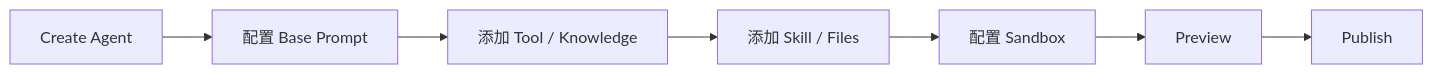
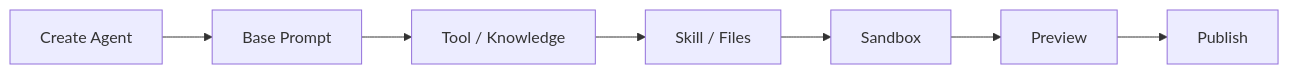
Before and after one commit to sgfd-ui/internship: the seventh of 10 diagrams in weekly-report/dify-1.17-core-capabilities-research.md, drawn with Mermaid. The commit also changed other lines of this file, not shown here.

````diff
--- a/weekly-report/dify-1.17-core-capabilities-research.md
+++ b/weekly-report/dify-1.17-core-capabilities-research.md
@@ -139,9 +244,9 @@
 ```mermaid
 flowchart LR
-    A[Create Agent] --> B[配置 Base Prompt]
-    B --> C[添加 Tool / Knowledge]
-    C --> D[添加 Skill / Files]
-    D --> E[配置 Sandbox]
+    A[Create Agent] --> B[Base Prompt]
+    B --> C[Tool / Knowledge]
+    C --> D[Skill / Files]
+    D --> E[Sandbox]
     E --> F[Preview]
     F --> G[Publish]
 ```
````
